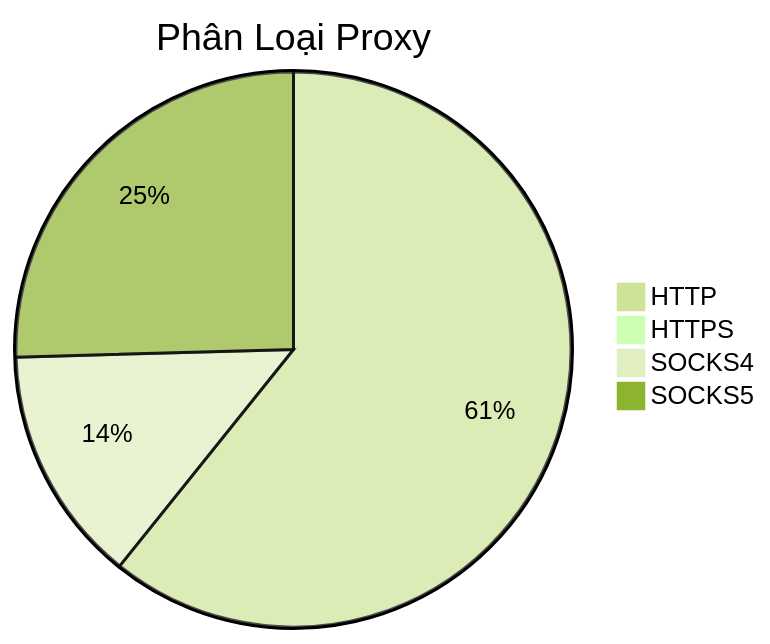
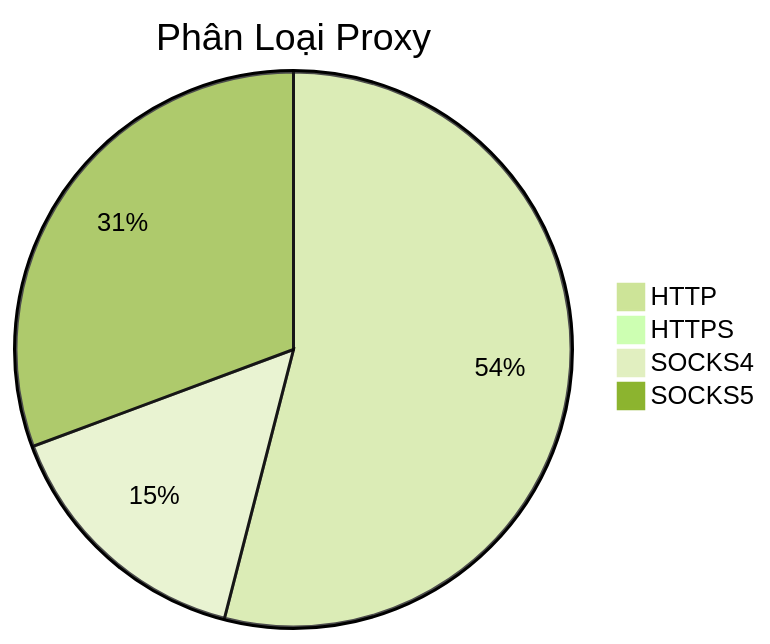
Before and after one commit to Ciara-12/PROXY-free: the diagram in README.md, drawn with Mermaid (forest theme). The commit also changed other lines of this file and 4 other files, not shown here.

````diff
--- a/README.md
+++ b/README.md
@@ -26,7 +26,7 @@
 ```mermaid
 pie title Phân Loại Proxy
-    "HTTP" : 793
+    "HTTP" : 560
     "HTTPS" : 3
-    "SOCKS4" : 180
-    "SOCKS5" : 332
+    "SOCKS4" : 159
+    "SOCKS5" : 318
 ```
````
